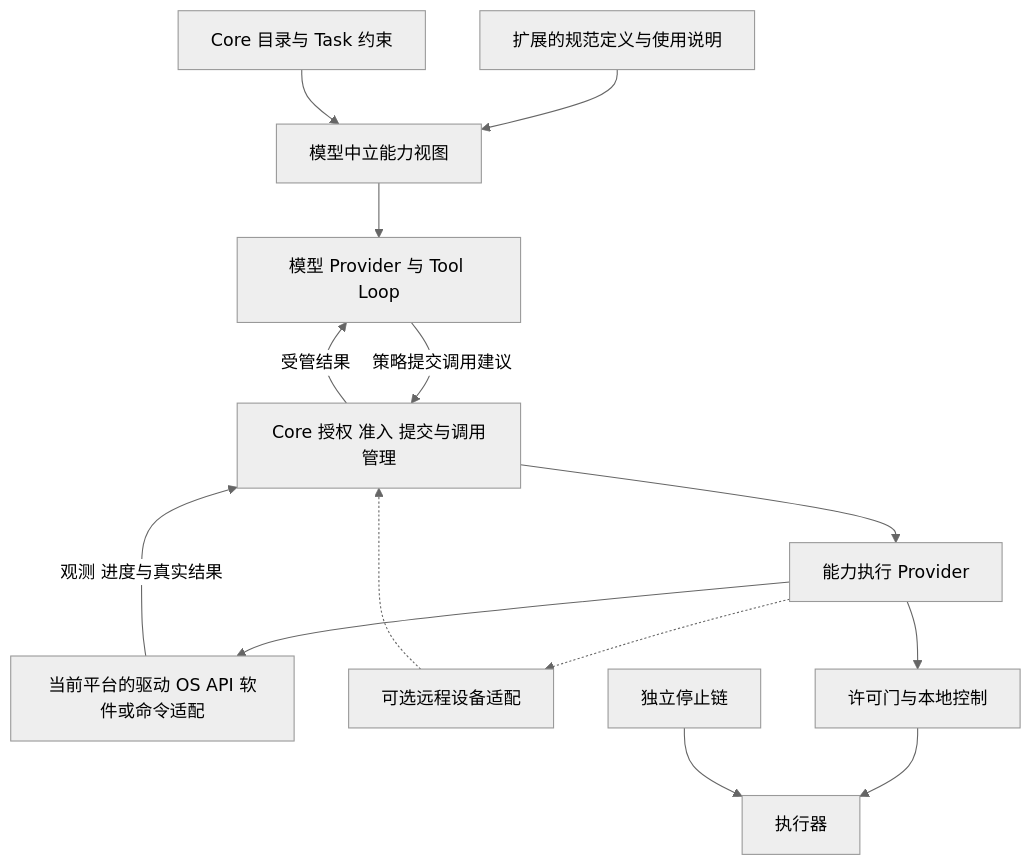
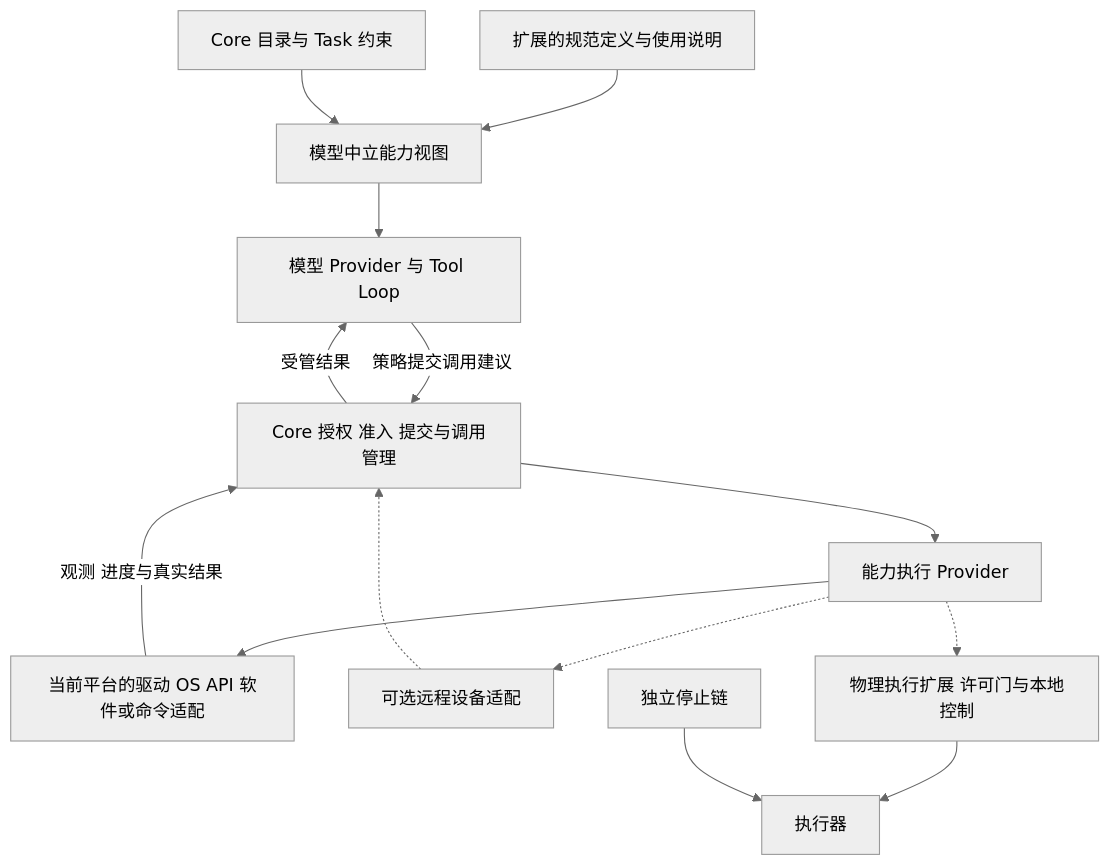
Before and after one commit to ayni-org/ayni-os: the diagram in docs/architecture/capability-centered-agentos-plan.md, drawn with Mermaid (neutral theme). The commit also changed other lines of this file and 27 other files, not shown here.

````diff
--- a/docs/architecture/capability-centered-agentos-plan.md
+++ b/docs/architecture/capability-centered-agentos-plan.md
@@ -88,16 +90,16 @@
 ```mermaid
 flowchart TD
     EXT["扩展的规范定义与使用说明"] --> VIEW["模型中立能力视图"]
     CORE["Core 目录与 Task 约束"] --> VIEW
     VIEW --> MODEL["模型 Provider 与 Tool Loop"]
     MODEL -->|"策略提交调用建议"| CALL["Core 授权 准入 提交与调用管理"]
     CALL --> EXEC["能力执行 Provider"]
     EXEC --> BACK["当前平台的驱动 OS API 软件或命令适配"]
     EXEC -.-> REMOTE["可选远程设备适配"]
     BACK -->|"观测 进度与真实结果"| CALL
     REMOTE -.-> CALL
     CALL -->|"受管结果"| MODEL
-    EXEC --> CTRL["许可门与本地控制"]
+    EXEC -.-> CTRL["物理执行扩展 许可门与本地控制"]
     CTRL --> MOTOR["执行器"]
     STOP["独立停止链"] --> MOTOR
 ```
````
